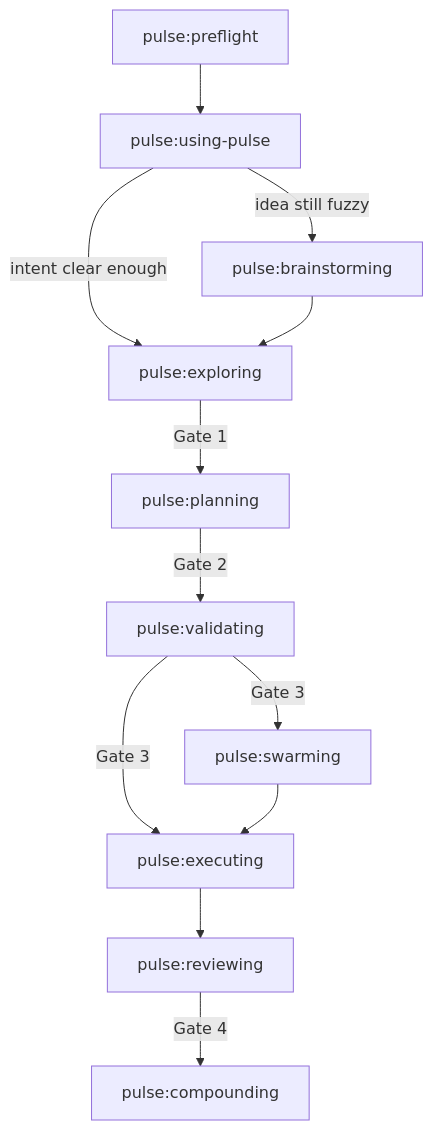
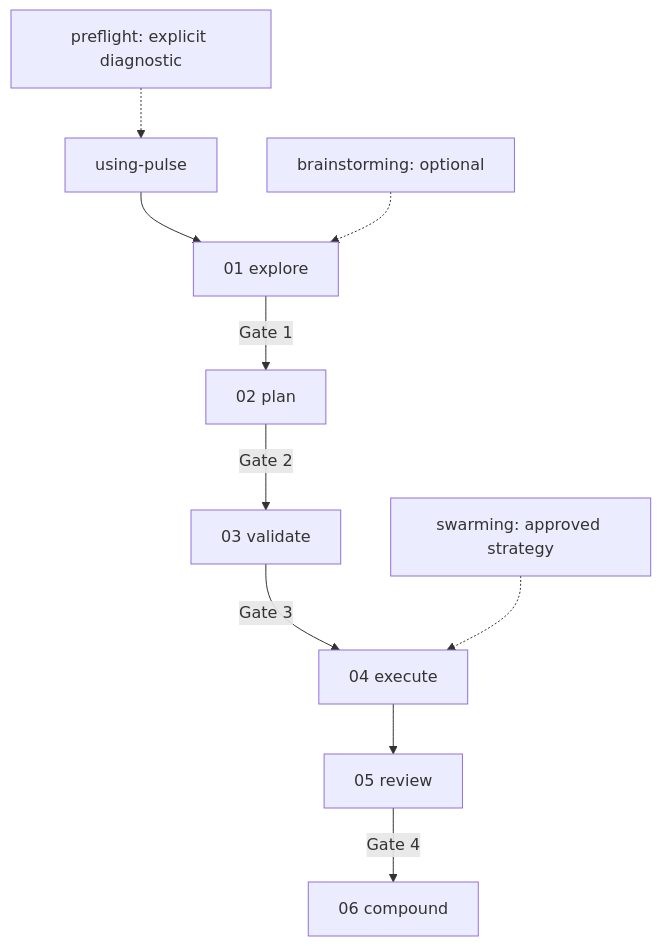
The diagram in docs/ARCHITECTURE.md (jeremienunez/pulse), drawn with Mermaid before and after one commit. The commit also changed other lines of this file and 215 other files, not shown here.

````diff
--- a/docs/ARCHITECTURE.md
+++ b/docs/ARCHITECTURE.md
@@ -29,15 +17,12 @@
 ```mermaid
 flowchart TD
-    PF["pulse:preflight"] --> UP["pulse:using-pulse"]
-    UP -->|idea still fuzzy| BR["pulse:brainstorming"]
-    UP -->|intent clear enough| EX["pulse:exploring"]
-    BR --> EX
-
-    EX -->|Gate 1| PL["pulse:planning"]
-    PL -->|Gate 2| VA["pulse:validating"]
-    VA -->|Gate 3| SW["pulse:swarming"]
-    VA -->|Gate 3| WK["pulse:executing"]
-    SW --> WK
-    WK --> RV["pulse:reviewing"]
-    RV -->|Gate 4| CP["pulse:compounding"]
+    UP["using-pulse"] --> EX["01 explore"]
+    EX -->|Gate 1| PL["02 plan"]
+    PL -->|Gate 2| VA["03 validate"]
+    VA -->|Gate 3| WK["04 execute"]
+    WK --> RV["05 review"]
+    RV -->|Gate 4| CP["06 compound"]
+    BR["brainstorming: optional"] -.-> EX
+    PF["preflight: explicit diagnostic"] -.-> UP
+    SW["swarming: approved strategy"] -.-> WK
 ```
````
